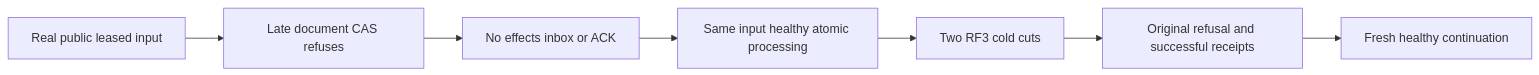
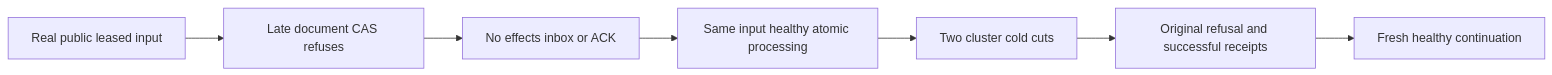
Before and after one commit to managedcode/KeyLoad: the diagram in docs/Features/Messaging/SubscriptionProcessingPublicRollback.md, drawn with Mermaid. The commit also changed other lines of this file and 7356 other files, not shown here.

````diff
--- a/docs/Features/Messaging/SubscriptionProcessingPublicRollback.md
+++ b/docs/Features/Messaging/SubscriptionProcessingPublicRollback.md
@@ -11,9 +9,9 @@
 ```mermaid
 flowchart LR
     Claim[Real public leased input] --> Refuse[Late document CAS refuses]
     Refuse --> Intact[No effects inbox or ACK]
     Intact --> Process[Same input healthy atomic processing]
-    Process --> Cold[Two RF3 cold cuts]
+    Process --> Cold[Two cluster cold cuts]
     Cold --> Replay[Original refusal and successful receipts]
     Replay --> Healthy[Fresh healthy continuation]
 ```
````
